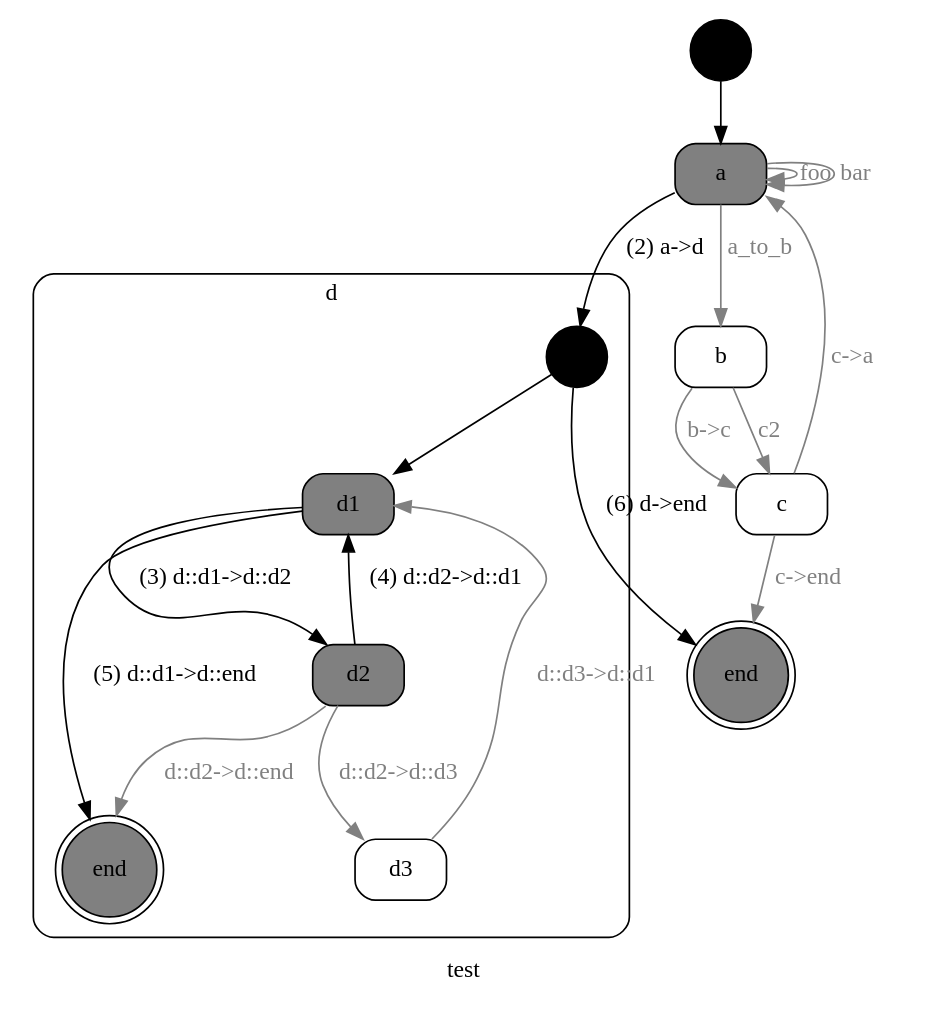
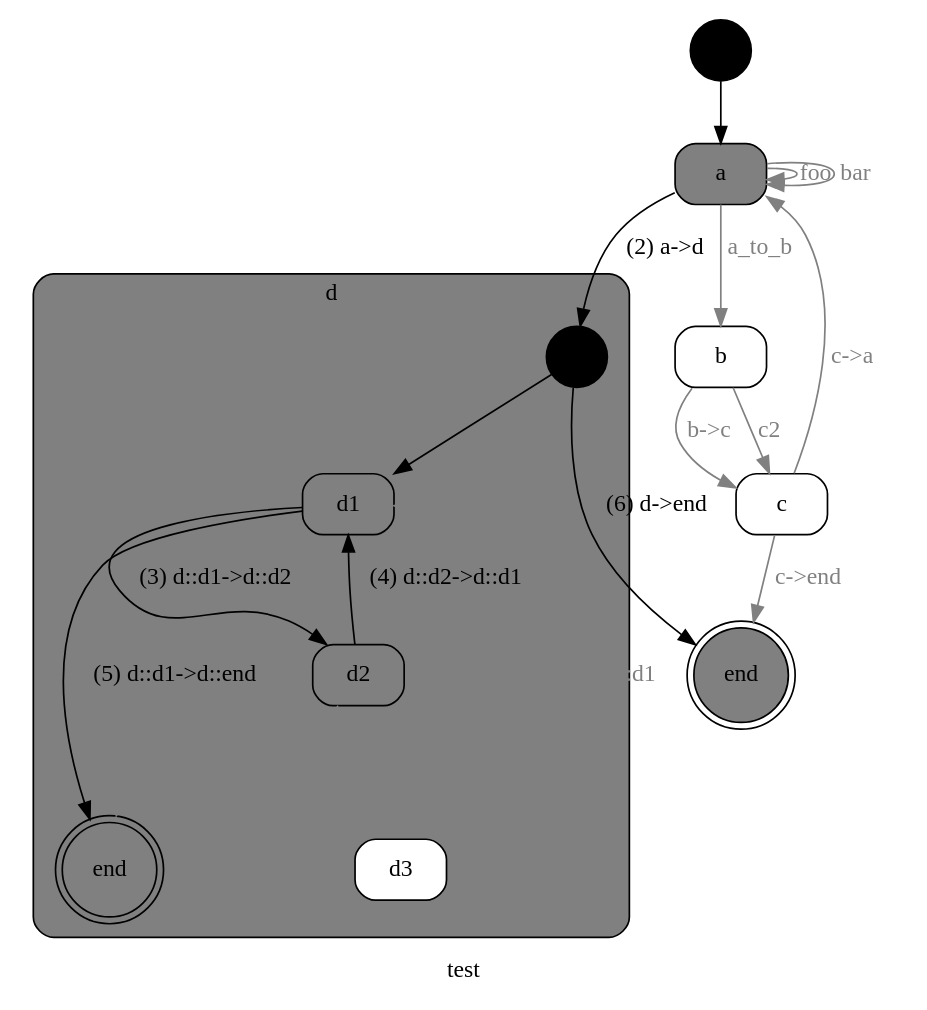
The diagram in example/red_steak-with-substates-history.dot (kstephens/red_steak), drawn with Graphviz before and after one commit. The commit also changed 17 other files, not shown here.

Commit message:
UML nomenclature, fixed transitions across superstates.

```diff
--- a/example/red_steak-with-substates-history.dot
+++ b/example/red_steak-with-substates-history.dot
@@ -1,91 +1,91 @@
 
 // {#<RedSteak::Statemachine test>
 digraph x1 {
   label="test"; 
   node [ shape="circle", label="", style=filled, fillcolor=black ] x1_START; 
 
 // #<RedSteak::State test a>
   node [ shape="box", label="a", style="filled,rounded", color=black, fillcolor=grey, fontcolor=black ] x2;
 
 // #<RedSteak::State test b>
   node [ shape="box", label="b", style="filled,rounded", color=black, fillcolor=white, fontcolor=black ] x3;
 
 // #<RedSteak::State test c>
   node [ shape="box", label="c", style="filled,rounded", color=black, fillcolor=white, fontcolor=black ] x4;
 
 // #<RedSteak::State test d>
 
 // {#<RedSteak::Statemachine test::d>
 subgraph cluster_x5 {
   label="d"; 
   shape="box"; 
   style="filled,rounded"; 
-  fillcolor=white; 
+  fillcolor=grey; 
   fontcolor=black; 
   node [ shape="circle", label="", style=filled, fillcolor=black ] x5_START; 
 
 // #<RedSteak::State test::d d::d1>
   node [ shape="box", label="d1", style="filled,rounded", color=black, fillcolor=grey, fontcolor=black ] x6;
 
 // #<RedSteak::State test::d d::d2>
   node [ shape="box", label="d2", style="filled,rounded", color=black, fillcolor=grey, fontcolor=black ] x7;
 
 // #<RedSteak::State test::d d::d3>
   node [ shape="box", label="d3", style="filled,rounded", color=black, fillcolor=white, fontcolor=black ] x8;
 
 // #<RedSteak::State test::d d::end>
   node [ shape="doublecircle", label="end", style="filled,rounded", color=black, fillcolor=grey, fontcolor=black ] x9;
 }
 // } #<RedSteak::Statemachine test::d>
 
 // #<RedSteak::State test end>
   node [ shape="doublecircle", label="end", style="filled,rounded", color=black, fillcolor=grey, fontcolor=black ] x10;
 
-// #<RedSteak::Transition :foo a -> a>
+// #<RedSteak::Transition test foo a -> a>
 x2 -> x2 [ label="foo", color=gray, fontcolor=gray ];
 
-// #<RedSteak::Transition :bar a -> a>
+// #<RedSteak::Transition test bar a -> a>
 x2 -> x2 [ label="bar", color=gray, fontcolor=gray ];
 
-// #<RedSteak::Transition :a_to_b a -> b>
+// #<RedSteak::Transition test a_to_b a -> b>
 x2 -> x3 [ label="a_to_b", color=gray, fontcolor=gray ];
 
-// #<RedSteak::Transition :"b->c" b -> c>
+// #<RedSteak::Transition test b->c b -> c>
 x3 -> x4 [ label="b->c", color=gray, fontcolor=gray ];
 
-// #<RedSteak::Transition :c2 b -> c>
+// #<RedSteak::Transition test c2 b -> c>
 x3 -> x4 [ label="c2", color=gray, fontcolor=gray ];
 
-// #<RedSteak::Transition :"c->a" c -> a>
+// #<RedSteak::Transition test c->a c -> a>
 x4 -> x2 [ label="c->a", color=gray, fontcolor=gray ];
 
-// #<RedSteak::Transition :"c->end" c -> end>
+// #<RedSteak::Transition test c->end c -> end>
 x4 -> x10 [ label="c->end", color=gray, fontcolor=gray ];
 
-// #<RedSteak::Transition :"a->d" a -> d>
+// #<RedSteak::Transition test a->d a -> d>
 x2 -> x5_START [ label="(2) a->d", color=black, fontcolor=black ];
 
-// #<RedSteak::Transition :"d->end" d -> end>
+// #<RedSteak::Transition test d->end d -> end>
 x5_START -> x10 [ label="(6) d->end", color=black, fontcolor=black ];
 x1_START -> x2;
 
-// #<RedSteak::Transition :"d::d1->d::d2" d::d1 -> d::d2>
+// #<RedSteak::Transition test::d d::d1->d::d2 d::d1 -> d::d2>
 x6 -> x7 [ label="(3) d::d1->d::d2", color=black, fontcolor=black ];
 
-// #<RedSteak::Transition :"d::d1->d::end" d::d1 -> d::end>
+// #<RedSteak::Transition test::d d::d1->d::end d::d1 -> d::end>
 x6 -> x9 [ label="(5) d::d1->d::end", color=black, fontcolor=black ];
 
-// #<RedSteak::Transition :"d::d2->d::d1" d::d2 -> d::d1>
+// #<RedSteak::Transition test::d d::d2->d::d1 d::d2 -> d::d1>
 x7 -> x6 [ label="(4) d::d2->d::d1", color=black, fontcolor=black ];
 
-// #<RedSteak::Transition :"d::d2->d::end" d::d2 -> d::end>
+// #<RedSteak::Transition test::d d::d2->d::end d::d2 -> d::end>
 x7 -> x9 [ label="d::d2->d::end", color=gray, fontcolor=gray ];
 
-// #<RedSteak::Transition :"d::d3->d::d1" d::d3 -> d::d1>
+// #<RedSteak::Transition test::d d::d3->d::d1 d::d3 -> d::d1>
 x8 -> x6 [ label="d::d3->d::d1", color=gray, fontcolor=gray ];
 
-// #<RedSteak::Transition :"d::d2->d::d3" d::d2 -> d::d3>
+// #<RedSteak::Transition test::d d::d2->d::d3 d::d2 -> d::d3>
 x7 -> x8 [ label="d::d2->d::d3", color=gray, fontcolor=gray ];
 x5_START -> x6;
 }
 // } #<RedSteak::Statemachine test>
```
